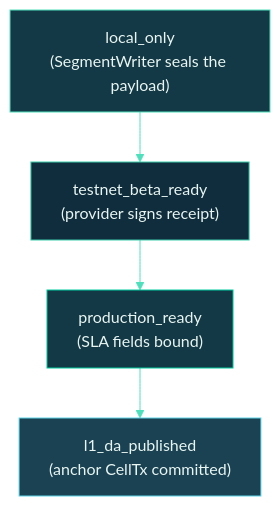
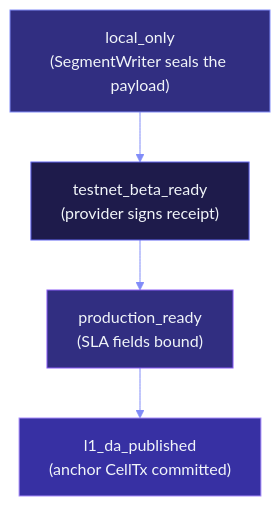
Before and after one commit to Myelin-Labs/Myelin: the first of 3 diagrams in docs/interactions/da-flow.md, drawn with Mermaid. The commit also changed other lines of this file and 31 other files, not shown here.

````diff
--- a/docs/interactions/da-flow.md
+++ b/docs/interactions/da-flow.md
@@ -33,25 +33,25 @@
 ```mermaid
 %%{init: {
   "theme": "base",
   "themeVariables": {
-    "primaryColor": "#0F2D3D",
-    "primaryTextColor": "#E8F5F1",
-    "primaryBorderColor": "#3CCBAA",
-    "lineColor": "#4EE0BC",
-    "secondaryColor": "#143946",
-    "tertiaryColor": "#1A4253"
+    "primaryColor": "#1E1B4B",
+    "primaryTextColor": "#F1F5F9",
+    "primaryBorderColor": "#6366F1",
+    "lineColor": "#818CF8",
+    "secondaryColor": "#312E81",
+    "tertiaryColor": "#3730A3"
   }
 }}%%
 flowchart TB
     L1["local_only<br/>(SegmentWriter seals the payload)"]:::r1
     L2["testnet_beta_ready<br/>(provider signs receipt)"]:::r2
     L3["production_ready<br/>(SLA fields bound)"]:::r3
     L4["l1_da_published<br/>(anchor CellTx committed)"]:::r4
 
     L1 --> L2 --> L3 --> L4
 
-    classDef r1 fill:#143946,stroke:#4EE0BC,color:#E8F5F1;
-    classDef r2 fill:#0F2D3D,stroke:#3CCBAA,color:#E8F5F1;
-    classDef r3 fill:#143946,stroke:#00CC9F,color:#E8F5F1;
-    classDef r4 fill:#1A4253,stroke:#5DD4E5,color:#E8F5F1;
+    classDef r1 fill:#312E81,stroke:#818CF8,color:#F1F5F9;
+    classDef r2 fill:#1E1B4B,stroke:#6366F1,color:#F1F5F9;
+    classDef r3 fill:#312E81,stroke:#8B5CF6,color:#F1F5F9;
+    classDef r4 fill:#3730A3,stroke:#A78BFA,color:#F1F5F9;
 ```
````
